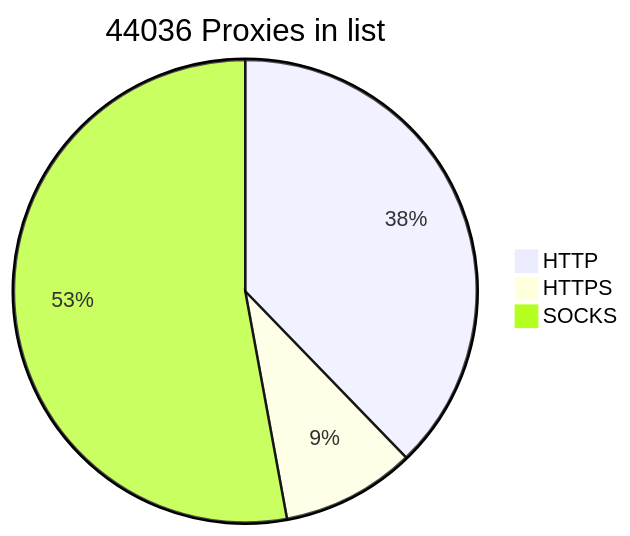
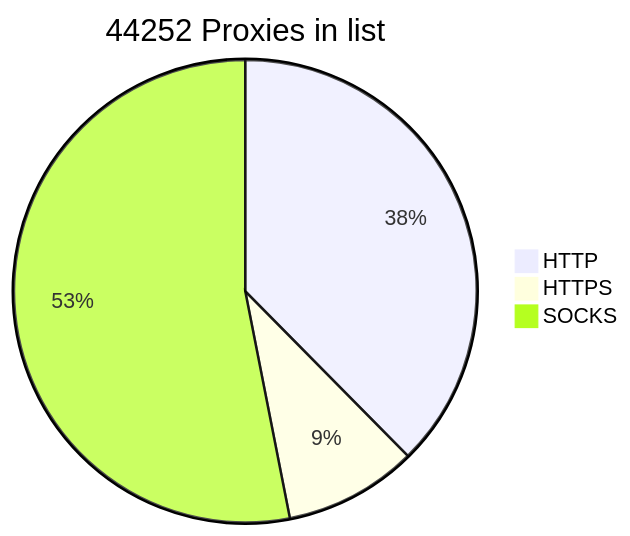
Before and after one commit to BlackSnowDot/proxylist-update-every-minute: the diagram in README.md, drawn with Mermaid.

````diff
--- a/README.md
+++ b/README.md
@@ -2,6 +2,6 @@
 ```mermaid
-pie title 44036 Proxies in list
-    "HTTP" : 18107
-    "HTTPS": 4480
-    "SOCKS" : 25359
+pie title 44252 Proxies in list
+    "HTTP" : 18110
+    "HTTPS": 4483
+    "SOCKS" : 25572
 ```
````
